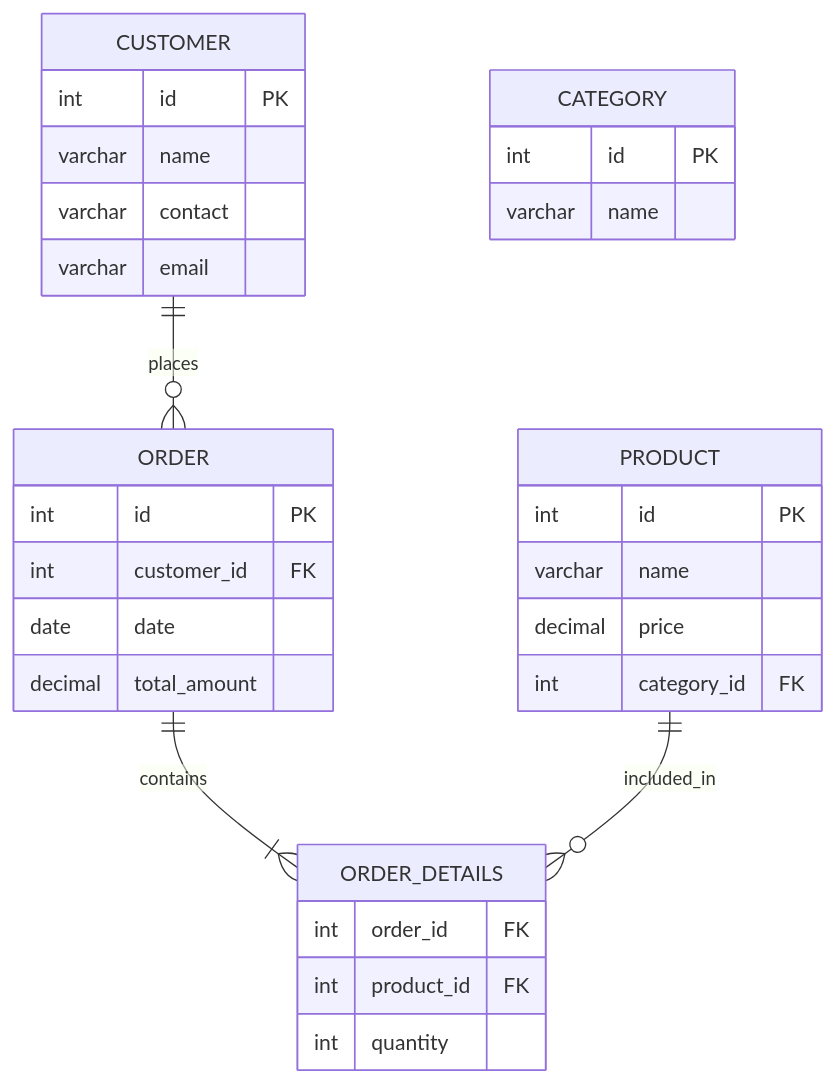
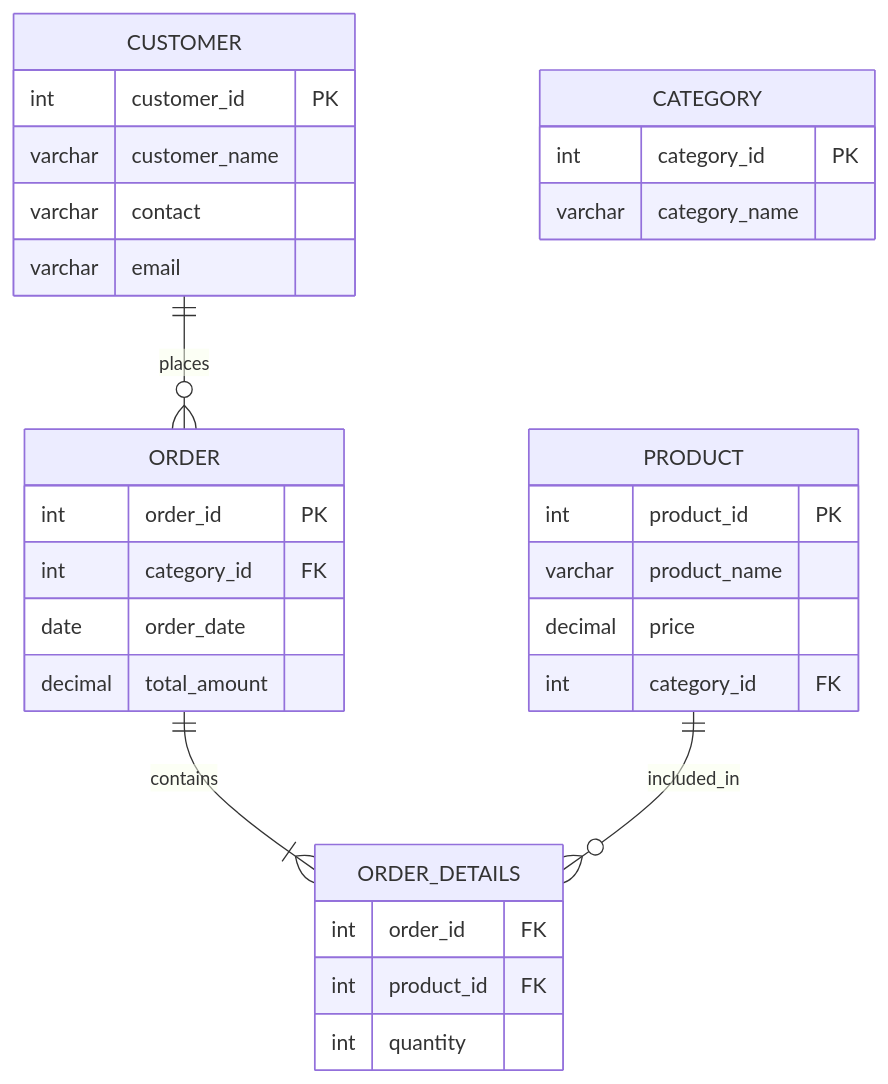
One commit to MarcellinoCO/shopi changed the diagram in README.md. Above: the diagram before and after it, drawn with Mermaid.

Commit message:
refactor: rename invalid column names

````diff
--- a/README.md
+++ b/README.md
@@ -8,38 +8,38 @@
 ```mermaid
 erDiagram
     CUSTOMER ||--o{ ORDER : places
     ORDER ||--|{ ORDER_DETAILS : contains
     PRODUCT ||--o{ ORDER_DETAILS : included_in
 
     CUSTOMER {
-        int id PK
-        varchar name
+        int customer_id PK
+        varchar customer_name
         varchar contact
         varchar email
     }
 
     CATEGORY {
-        int id PK
-        varchar name
+        int category_id PK
+        varchar category_name
     }
 
     PRODUCT {
-        int id PK
-        varchar name
+        int product_id PK
+        varchar product_name
         decimal price
         int category_id FK
     }
 
     ORDER {
-        int id PK
-        int customer_id FK
-        date date
+        int order_id PK
+        int category_id FK
+        date order_date
         decimal total_amount
     }
 
     ORDER_DETAILS {
         int order_id FK
         int product_id FK
         int quantity
     }
 ```
````
